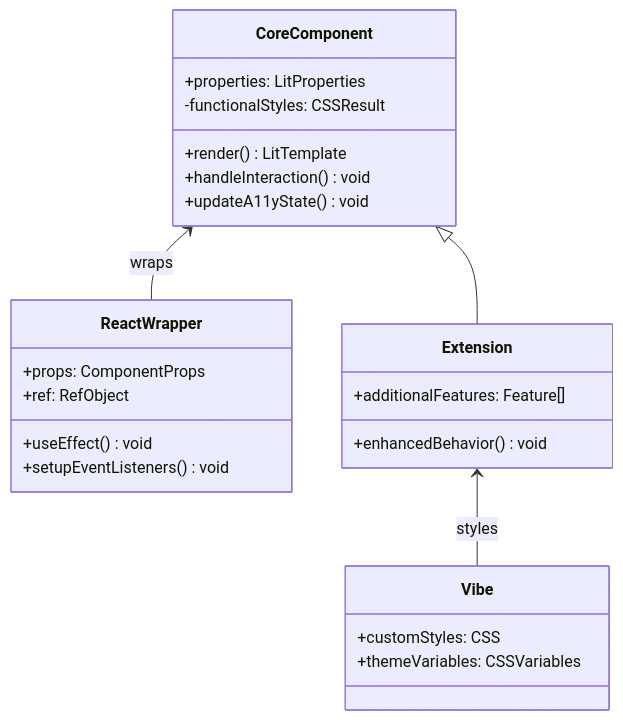
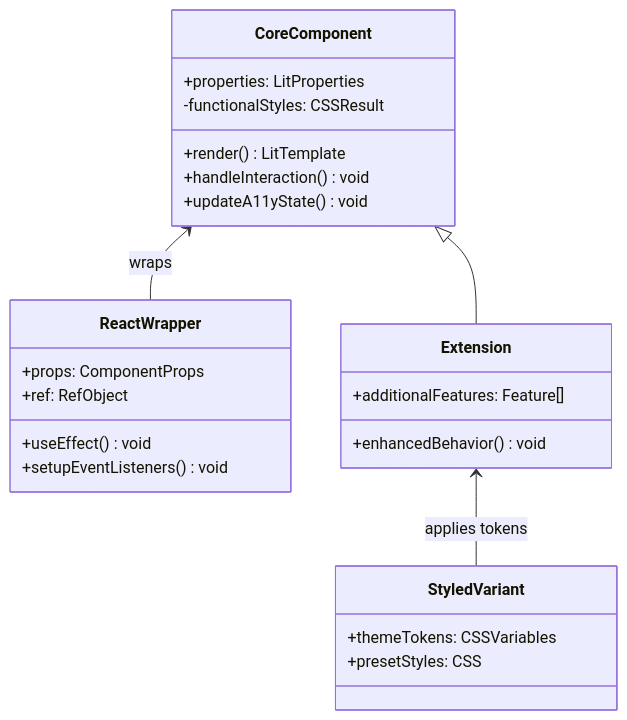
One commit to AgnosticUI/agnosticui changed the third of 3 diagrams in v2/lib/README.md. Above: the diagram before and after it, drawn with Mermaid. The commit also changed other lines of this file and 2 other files, not shown here.

````diff
--- a/v2/lib/README.md
+++ b/v2/lib/README.md
@@ -81,31 +81,31 @@
 ```mermaid
 classDiagram
     class CoreComponent {
         +properties: LitProperties
         +render() LitTemplate
         +handleInteraction() void
         +updateA11yState() void
         -functionalStyles: CSSResult
     }
     
     class ReactWrapper {
         +props: ComponentProps
         +ref: RefObject
         +useEffect() void
         +setupEventListeners() void
     }
     
     class Extension {
         +additionalFeatures: Feature[]
         +enhancedBehavior() void
     }
     
-    class Vibe {
-        +customStyles: CSS
-        +themeVariables: CSSVariables
+    class StyledVariant {
+        +themeTokens: CSSVariables
+        +presetStyles: CSS
     }
-    
+
     CoreComponent <|-- Extension
     CoreComponent <-- ReactWrapper : wraps
-    Extension <-- Vibe : styles
+    Extension <-- StyledVariant : applies tokens
 ```
````
